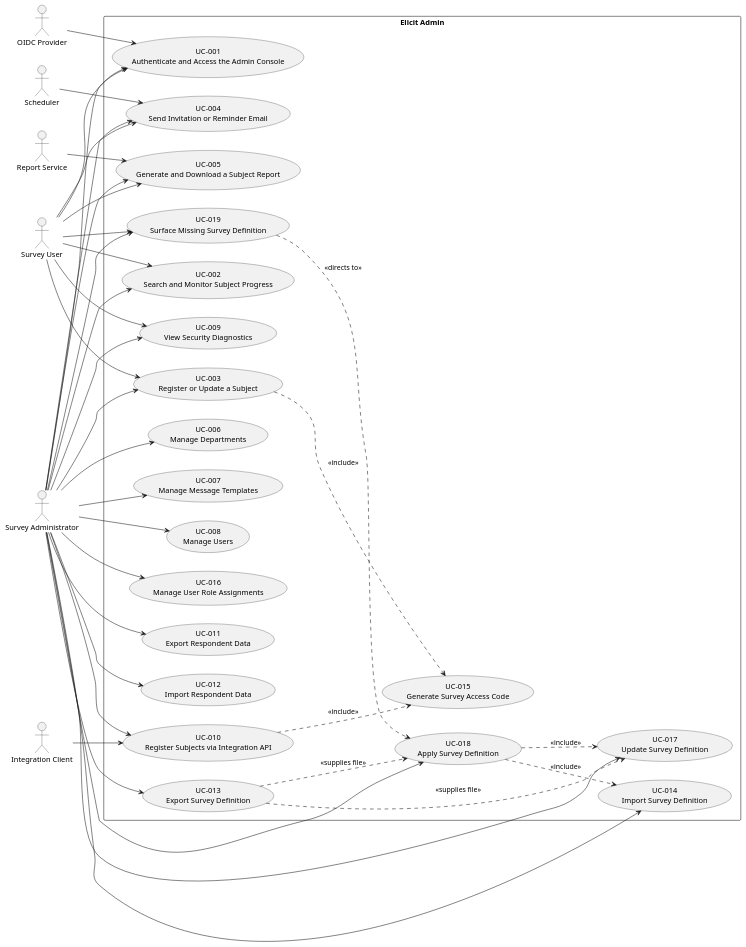
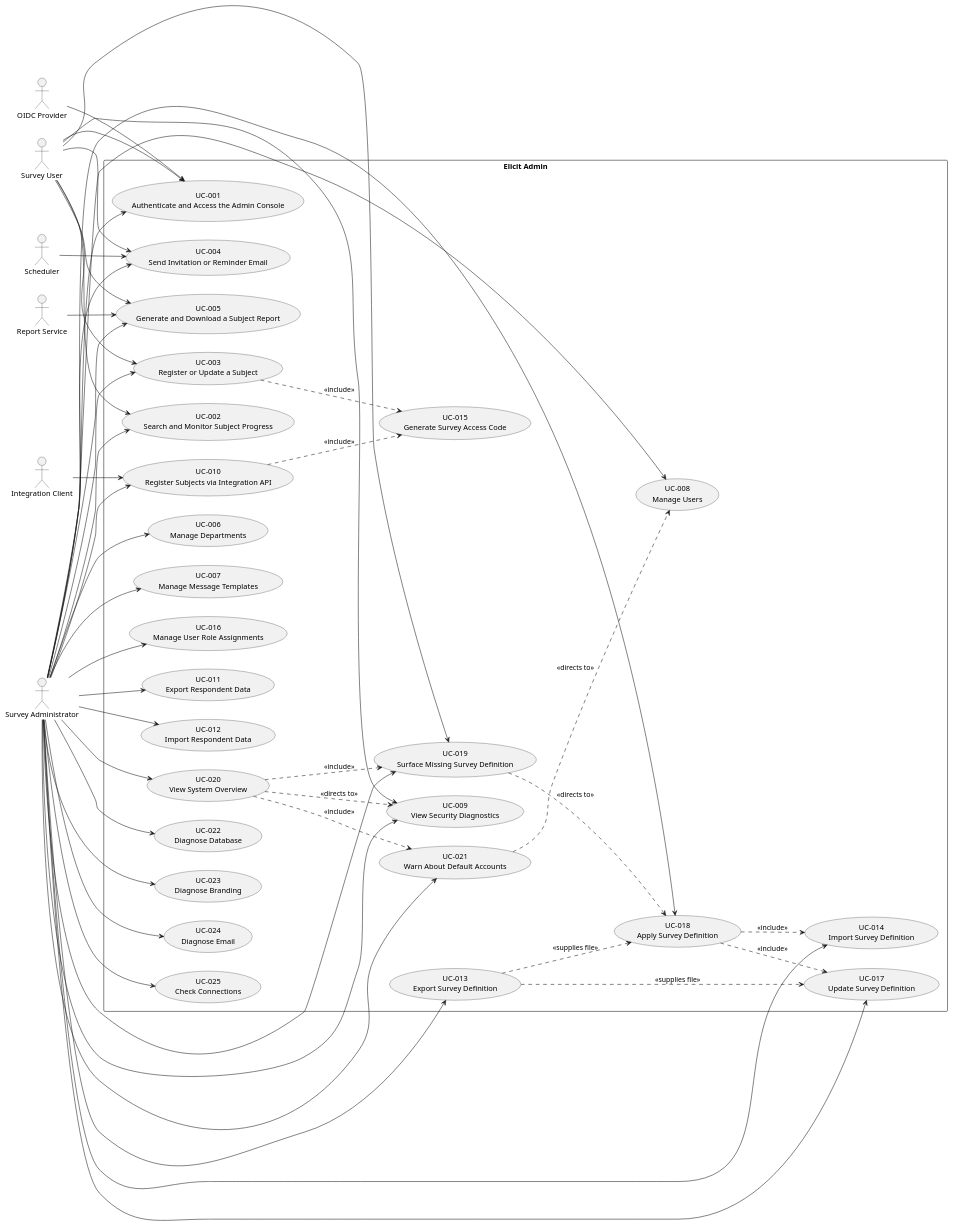
The diagram in docs/use_cases.puml (ElicitSoftware/Admin), drawn with PlantUML before and after one commit. The commit also changed 37 other files, not shown here.

```diff
--- a/docs/use_cases.puml
+++ b/docs/use_cases.puml
@@ -1,86 +1,104 @@
 @startuml Use Cases Overview
 left to right direction
 
 actor "Survey User" as user
 actor "Survey Administrator" as admin
 actor "Integration Client" as importer
 actor "OIDC Provider" as oidc
 actor "Scheduler" as scheduler
 actor "Report Service" as reportsvc
 
 rectangle "Elicit Admin" {
     ' --- Interactive console (user + admin) ---
     usecase "UC-001\nAuthenticate and Access the Admin Console" as UC001
     usecase "UC-002\nSearch and Monitor Subject Progress" as UC002
     usecase "UC-003\nRegister or Update a Subject" as UC003
     usecase "UC-004\nSend Invitation or Reminder Email" as UC004
     usecase "UC-005\nGenerate and Download a Subject Report" as UC005
     usecase "UC-009\nView Security Diagnostics" as UC009
 
     ' --- Administration (admin only) ---
     usecase "UC-006\nManage Departments" as UC006
     usecase "UC-007\nManage Message Templates" as UC007
     usecase "UC-008\nManage Users" as UC008
     usecase "UC-016\nManage User Role Assignments" as UC016
 
     ' --- Integration and data lifecycle ---
     usecase "UC-010\nRegister Subjects via Integration API" as UC010
     usecase "UC-011\nExport Respondent Data" as UC011
     usecase "UC-012\nImport Respondent Data" as UC012
     usecase "UC-013\nExport Survey Definition" as UC013
     usecase "UC-014\nImport Survey Definition" as UC014
     usecase "UC-017\nUpdate Survey Definition" as UC017
     usecase "UC-018\nApply Survey Definition" as UC018
     usecase "UC-019\nSurface Missing Survey Definition" as UC019
 
+    ' --- System setup and diagnostics (admin only) ---
+    usecase "UC-020\nView System Overview" as UC020
+    usecase "UC-021\nWarn About Default Accounts" as UC021
+    usecase "UC-022\nDiagnose Database" as UC022
+    usecase "UC-023\nDiagnose Branding" as UC023
+    usecase "UC-024\nDiagnose Email" as UC024
+    usecase "UC-025\nCheck Connections" as UC025
+
     ' --- Shared subflow ---
     usecase "UC-015\nGenerate Survey Access Code" as UC015
 }
 
 ' Survey User
 user --> UC001
 user --> UC002
 user --> UC003
 user --> UC004
 user --> UC005
 user --> UC009
 user --> UC019
 
 ' Administrator (inherits user goals plus administration and data lifecycle)
 admin --> UC001
 admin --> UC002
 admin --> UC003
 admin --> UC004
 admin --> UC005
 admin --> UC006
 admin --> UC007
 admin --> UC008
 admin --> UC016
 admin --> UC009
 admin --> UC010
 admin --> UC011
 admin --> UC012
 admin --> UC013
 admin --> UC014
 admin --> UC017
 admin --> UC018
 admin --> UC019
+admin --> UC020
+admin --> UC021
+admin --> UC022
+admin --> UC023
+admin --> UC024
+admin --> UC025
 
 ' Integration Client
 importer --> UC010
 
 ' External systems
 oidc --> UC001
 scheduler --> UC004
 reportsvc --> UC005
 
 ' Shared subflows
 UC003 ..> UC015 : <<include>>
 UC010 ..> UC015 : <<include>>
 UC013 ..> UC017 : <<supplies file>>
 UC013 ..> UC018 : <<supplies file>>
 UC018 ..> UC014 : <<include>>
 UC018 ..> UC017 : <<include>>
 UC019 ..> UC018 : <<directs to>>
+UC020 ..> UC021 : <<include>>
+UC020 ..> UC019 : <<include>>
+UC021 ..> UC008 : <<directs to>>
+UC020 ..> UC009 : <<directs to>>
 
 @enduml
```
